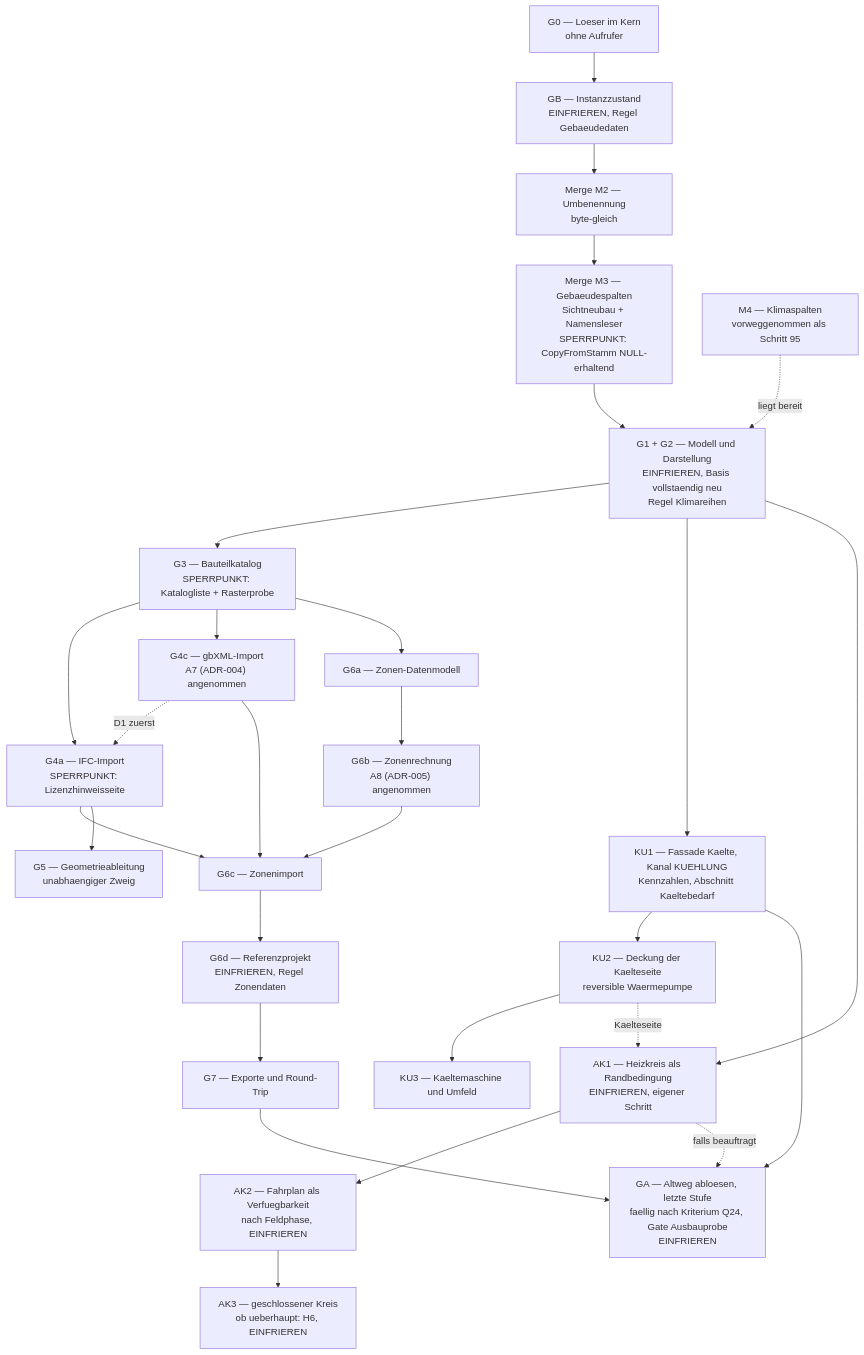
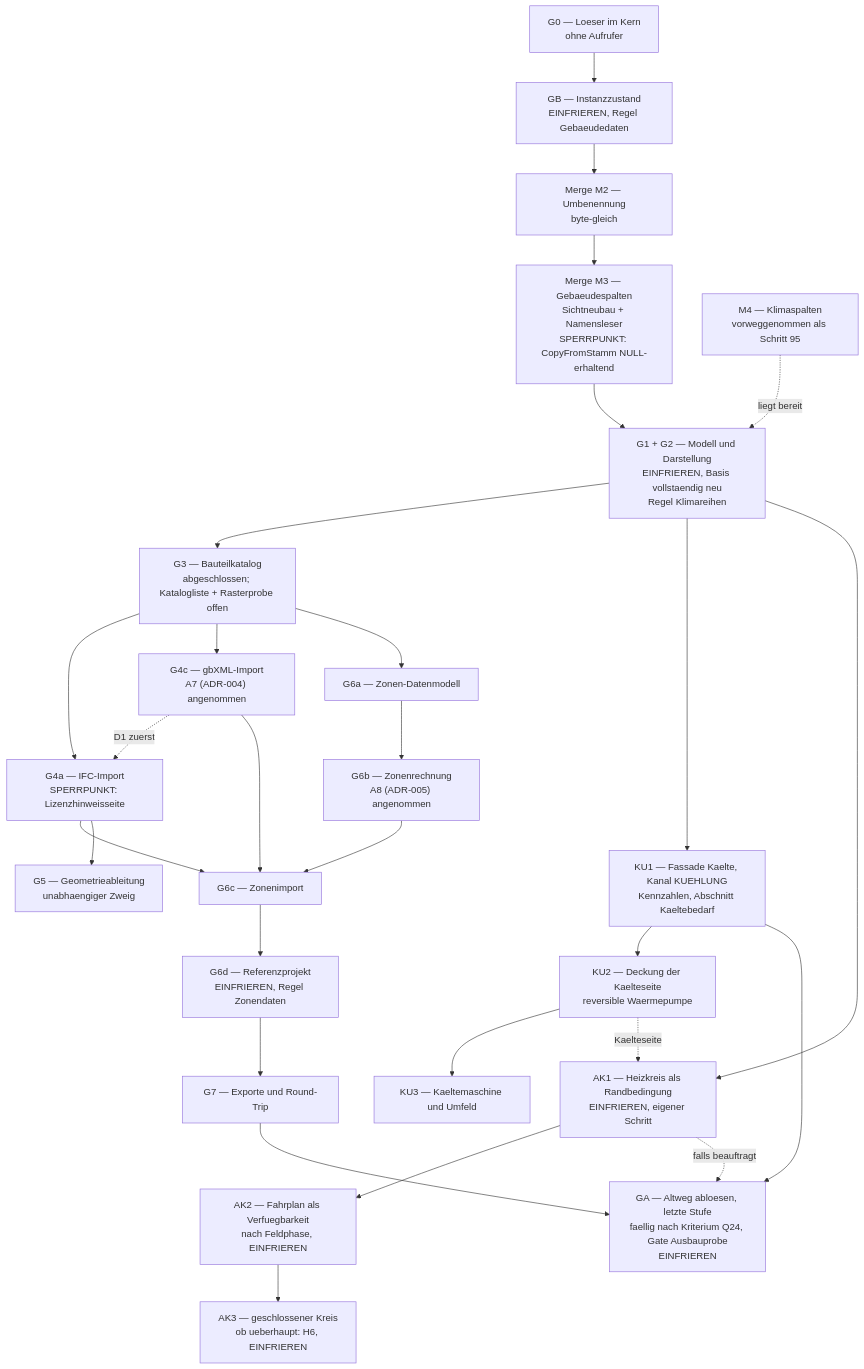
Diagram 16 of 16 in Dokumentation/aktuell/Softwarearchitektur_Gebaeudesimulation_EPOS-Plan.md (inekon/EPOS-Plan), drawn with Mermaid before and after one commit. The commit also changed other lines of this file and 4 other files, not shown here.

````diff
--- a/Dokumentation/aktuell/Softwarearchitektur_Gebaeudesimulation_EPOS-Plan.md
+++ b/Dokumentation/aktuell/Softwarearchitektur_Gebaeudesimulation_EPOS-Plan.md
@@ -2243,30 +2261,30 @@
 ```mermaid
 flowchart TB
   G0["G0 — Loeser im Kern<br/>ohne Aufrufer"] --> GB["GB — Instanzzustand<br/>EINFRIEREN, Regel Gebaeudedaten"]
   GB --> M2["Merge M2 — Umbenennung<br/>byte-gleich"]
   M2 --> M3["Merge M3 — Gebaeudespalten<br/>Sichtneubau + Namensleser<br/>SPERRPUNKT: CopyFromStamm NULL-erhaltend"]
   M3 --> G12["G1 + G2 — Modell und Darstellung<br/>EINFRIEREN, Basis vollstaendig neu<br/>Regel Klimareihen"]
   M4["M4 — Klimaspalten<br/>vorweggenommen als Schritt 95"] -.->|liegt bereit| G12
-  G12 --> G3["G3 — Bauteilkatalog<br/>SPERRPUNKT: Katalogliste + Rasterprobe"]
+  G12 --> G3["G3 — Bauteilkatalog<br/>abgeschlossen; Katalogliste + Rasterprobe offen"]
   G3 --> G4A["G4a — IFC-Import<br/>SPERRPUNKT: Lizenzhinweisseite"]
   G3 --> G4C["G4c — gbXML-Import<br/>A7 (ADR-004) angenommen"]
   G4C -.->|D1 zuerst| G4A
   G3 --> G6A["G6a — Zonen-Datenmodell"]
   G4A --> G6C
   G4C --> G6C
   G6A --> G6B["G6b — Zonenrechnung<br/>A8 (ADR-005) angenommen"]
   G6B --> G6C["G6c — Zonenimport"]
   G6C --> G6D["G6d — Referenzprojekt<br/>EINFRIEREN, Regel Zonendaten"]
   G6D --> G7["G7 — Exporte und Round-Trip"]
   G4A --> G5["G5 — Geometrieableitung<br/>unabhaengiger Zweig"]
   G12 --> KU1["KU1 — Fassade Kaelte, Kanal KUEHLUNG<br/>Kennzahlen, Abschnitt Kaeltebedarf"]
   KU1 --> KU2["KU2 — Deckung der Kaelteseite<br/>reversible Waermepumpe"]
   KU2 --> KU3["KU3 — Kaeltemaschine und Umfeld"]
   G12 --> AK1["AK1 — Heizkreis als Randbedingung<br/>EINFRIEREN, eigener Schritt"]
   KU2 -.->|Kaelteseite| AK1
   AK1 --> AK2["AK2 — Fahrplan als Verfuegbarkeit<br/>nach Feldphase, EINFRIEREN"]
   AK2 --> AK3["AK3 — geschlossener Kreis<br/>ob ueberhaupt: H6, EINFRIEREN"]
   G7 --> GA["GA — Altweg abloesen, letzte Stufe<br/>faellig nach Kriterium Q24, Gate Ausbauprobe<br/>EINFRIEREN"]
   KU1 --> GA
   AK1 -.->|falls beauftragt| GA
 ```
````
